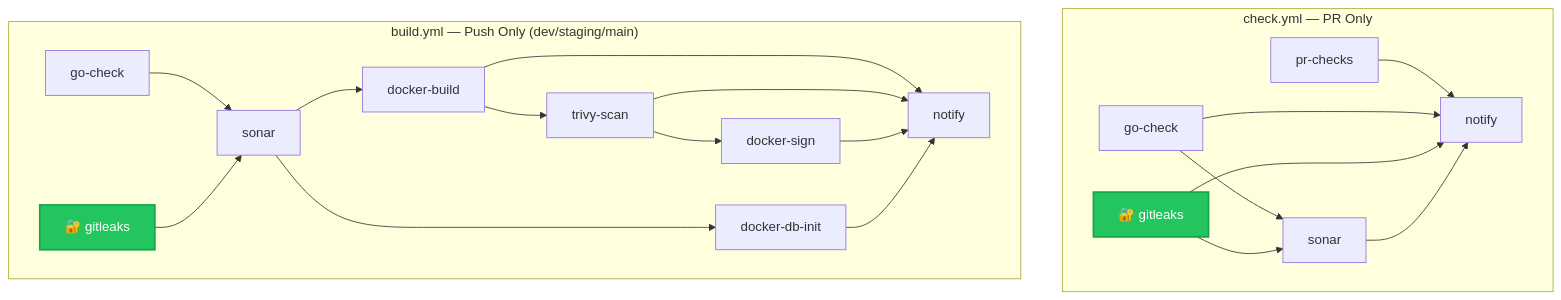
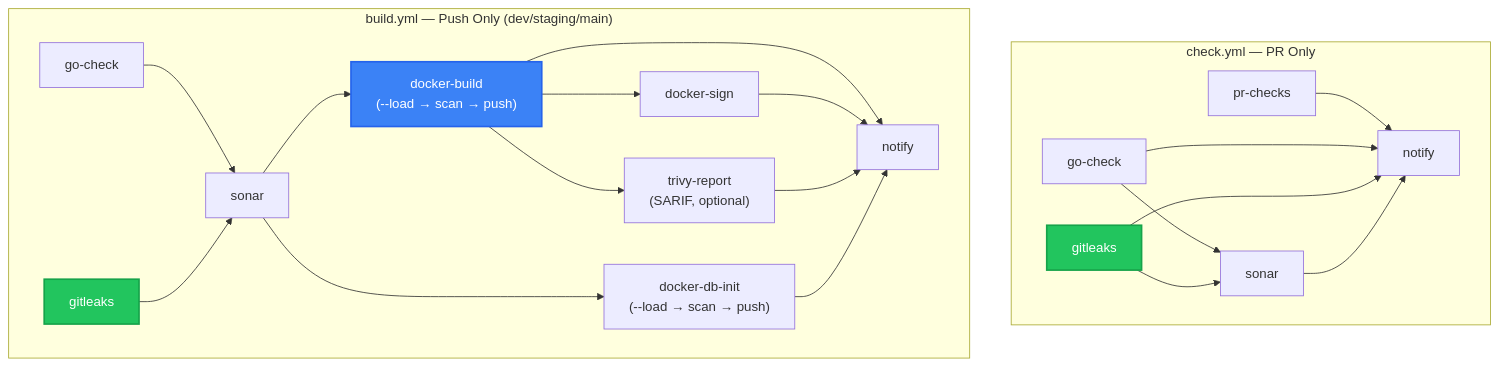
The second of 12 diagrams in docs/platform/cicd.md (duynhlab/homelab), drawn with Mermaid before and after one commit. The commit also changed other lines of this file and 56 other files, not shown here.

````diff
--- a/docs/platform/cicd.md
+++ b/docs/platform/cicd.md
@@ -46,42 +69,43 @@
 ```mermaid
 flowchart TD
     subgraph check_wf["check.yml — PR Only"]
         PR[pr-checks]
         GOCHECK[go-check]
-        GITLEAKS["🔐 gitleaks"]
+        GITLEAKS["gitleaks"]
         SONAR[sonar]
         NOTIFY_PR[notify]
     end
 
     subgraph build_wf["build.yml — Push Only (dev/staging/main)"]
         GOCHECK2[go-check]
-        GITLEAKS2["🔐 gitleaks"]
+        GITLEAKS2["gitleaks"]
         SONAR2[sonar]
-        BUILD[docker-build]
-        TRIVY[trivy-scan]
+        BUILD["docker-build<br/>(--load → scan → push)"]
         SIGN[docker-sign]
-        DBINIT[docker-db-init]
+        TRIVY_RPT["trivy-report<br/>(SARIF, optional)"]
+        DBINIT["docker-db-init<br/>(--load → scan → push)"]
         NOTIFY_BUILD[notify]
     end
 
     GOCHECK --> SONAR
     GITLEAKS --> SONAR
     PR --> NOTIFY_PR
     GOCHECK --> NOTIFY_PR
     GITLEAKS --> NOTIFY_PR
     SONAR --> NOTIFY_PR
 
     GOCHECK2 --> SONAR2
     GITLEAKS2 --> SONAR2
     SONAR2 --> BUILD
     SONAR2 --> DBINIT
-    BUILD --> TRIVY
-    TRIVY --> SIGN
+    BUILD --> SIGN
+    BUILD --> TRIVY_RPT
     BUILD --> NOTIFY_BUILD
-    TRIVY --> NOTIFY_BUILD
     SIGN --> NOTIFY_BUILD
+    TRIVY_RPT --> NOTIFY_BUILD
     DBINIT --> NOTIFY_BUILD
 
     style GITLEAKS fill:#22c55e,color:#fff,stroke:#16a34a,stroke-width:2px
     style GITLEAKS2 fill:#22c55e,color:#fff,stroke:#16a34a,stroke-width:2px
+    style BUILD fill:#3b82f6,color:#fff,stroke:#2563eb,stroke-width:2px
 ```
````
